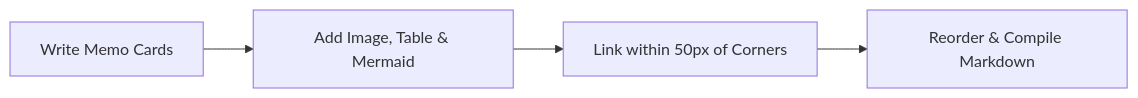
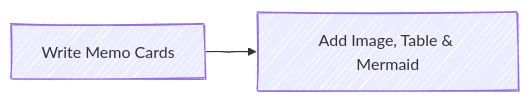
One commit to Kim-kyuho/Meldrift changed the first of 2 diagrams in apps/free/public/help/Help_Meldrift.md. Above: the diagram before and after it, drawn with Mermaid. The commit also changed other lines of this file, not shown here.

````diff
--- a/apps/free/public/help/Help_Meldrift.md
+++ b/apps/free/public/help/Help_Meldrift.md
@@ -7,6 +9,5 @@
 ```mermaid
+%%{init: {"look": "handDrawn"}}%%
 flowchart LR
     A["Write Memo Cards"] --> B["Add Image, Table & Mermaid"]
-    B --> C["Link within 50px of Corners"]
-    C --> D["Reorder & Compile Markdown"]
 ```
````
